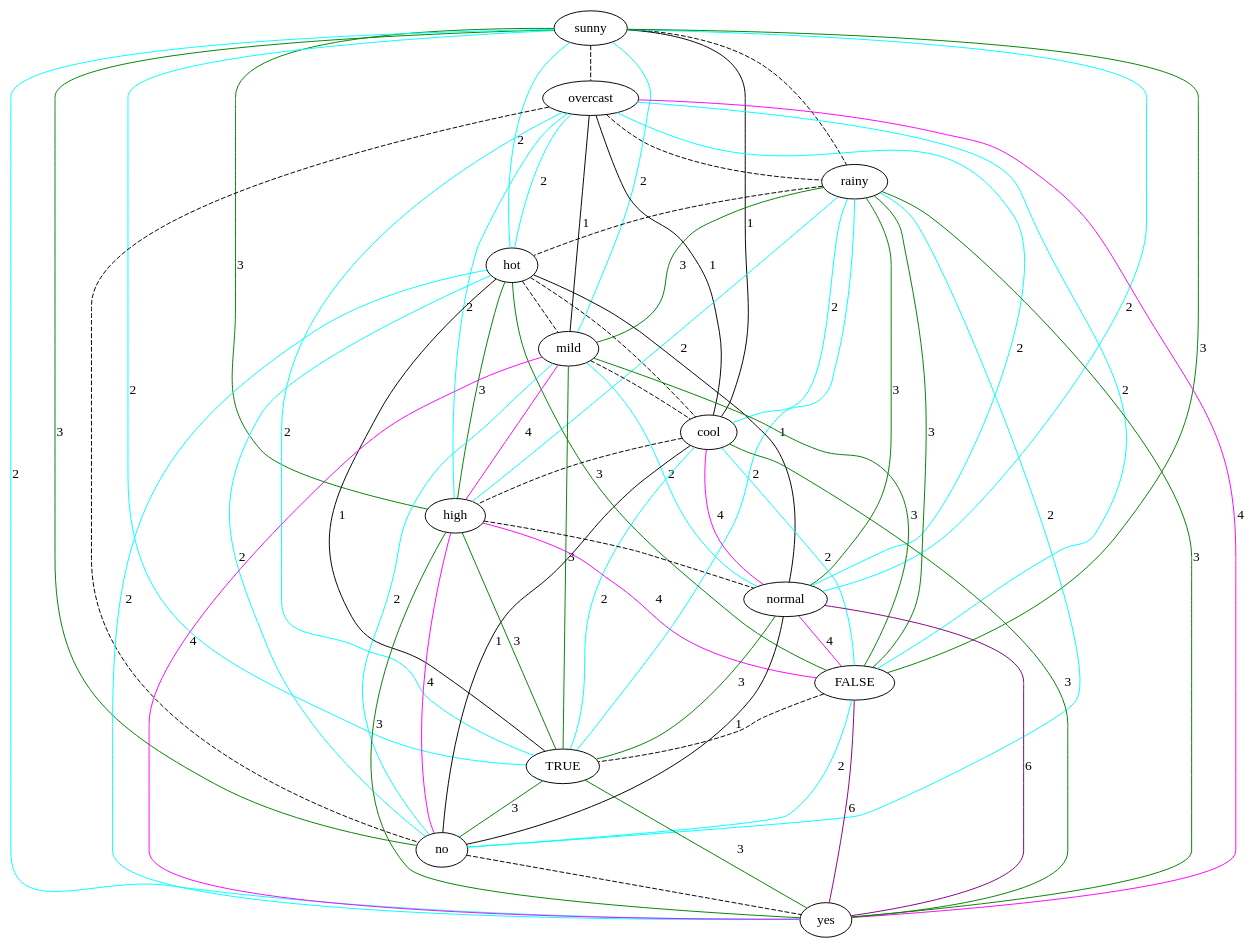
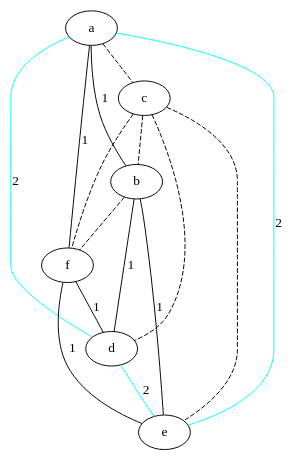
One commit to lrodrin/TFG changed the diagram in src/final/linearGraph.dot. Above: the diagram before and after it, drawn with Graphviz. The commit also changed 9 other files, not shown here.

```diff
--- a/src/final/linearGraph.dot
+++ b/src/final/linearGraph.dot
@@ -1,80 +1,23 @@
 strict graph "" {
-sunny;
-overcast;
-rainy;
-hot;
-mild;
-cool;
-high;
-normal;
-FALSE;
-TRUE;
-no;
-yes;
-sunny -- overcast  [color=black, style=dashed];
-sunny -- rainy  [color=black, style=dashed];
-sunny -- hot  [color=cyan, label=2, style=solid];
-sunny -- mild  [color=cyan, label=2, style=solid];
-sunny -- cool  [color=black, label=1, style=solid];
-sunny -- high  [color=green, label=3, style=solid];
-sunny -- normal  [color=cyan, label=2, style=solid];
-sunny -- FALSE  [color=green, label=3, style=solid];
-sunny -- TRUE  [color=cyan, label=2, style=solid];
-sunny -- no  [color=green, label=3, style=solid];
-sunny -- yes  [color=cyan, label=2, style=solid];
-overcast -- rainy  [color=black, style=dashed];
-overcast -- hot  [color=cyan, label=2, style=solid];
-overcast -- mild  [color=black, label=1, style=solid];
-overcast -- cool  [color=black, label=1, style=solid];
-overcast -- high  [color=cyan, label=2, style=solid];
-overcast -- normal  [color=cyan, label=2, style=solid];
-overcast -- FALSE  [color=cyan, label=2, style=solid];
-overcast -- TRUE  [color=cyan, label=2, style=solid];
-overcast -- no  [color=black, style=dashed];
-overcast -- yes  [color=magenta, label=4, style=solid];
-rainy -- hot  [color=black, style=dashed];
-rainy -- mild  [color=green, label=3, style=solid];
-rainy -- cool  [color=cyan, label=2, style=solid];
-rainy -- high  [color=cyan, label=2, style=solid];
-rainy -- normal  [color=green, label=3, style=solid];
-rainy -- FALSE  [color=green, label=3, style=solid];
-rainy -- TRUE  [color=cyan, label=2, style=solid];
-rainy -- no  [color=cyan, label=2, style=solid];
-rainy -- yes  [color=green, label=3, style=solid];
-hot -- mild  [color=black, style=dashed];
-hot -- cool  [color=black, style=dashed];
-hot -- high  [color=green, label=3, style=solid];
-hot -- normal  [color=black, label=1, style=solid];
-hot -- FALSE  [color=green, label=3, style=solid];
-hot -- TRUE  [color=black, label=1, style=solid];
-hot -- no  [color=cyan, label=2, style=solid];
-hot -- yes  [color=cyan, label=2, style=solid];
-mild -- cool  [color=black, style=dashed];
-mild -- high  [color=magenta, label=4, style=solid];
-mild -- normal  [color=cyan, label=2, style=solid];
-mild -- FALSE  [color=green, label=3, style=solid];
-mild -- TRUE  [color=green, label=3, style=solid];
-mild -- no  [color=cyan, label=2, style=solid];
-mild -- yes  [color=magenta, label=4, style=solid];
-cool -- high  [color=black, style=dashed];
-cool -- normal  [color=magenta, label=4, style=solid];
-cool -- FALSE  [color=cyan, label=2, style=solid];
-cool -- TRUE  [color=cyan, label=2, style=solid];
-cool -- no  [color=black, label=1, style=solid];
-cool -- yes  [color=green, label=3, style=solid];
-high -- normal  [color=black, style=dashed];
-high -- FALSE  [color=magenta, label=4, style=solid];
-high -- TRUE  [color=green, label=3, style=solid];
-high -- no  [color=magenta, label=4, style=solid];
-high -- yes  [color=green, label=3, style=solid];
-normal -- FALSE  [color=magenta, label=4, style=solid];
-normal -- TRUE  [color=green, label=3, style=solid];
-normal -- no  [color=black, label=1, style=solid];
-normal -- yes  [color=purple, label=6, style=solid];
-FALSE -- TRUE  [color=black, style=dashed];
-FALSE -- no  [color=cyan, label=2, style=solid];
-FALSE -- yes  [color=purple, label=6, style=solid];
-TRUE -- no  [color=green, label=3, style=solid];
-TRUE -- yes  [color=green, label=3, style=solid];
-no -- yes  [color=black, style=dashed];
+a;
+c;
+b;
+f;
+d;
+e;
+a -- c  [color=black, style=dashed];
+a -- b  [color=black, label=1, style=solid];
+a -- f  [color=black, label=1, style=solid];
+a -- d  [color=cyan, label=2, style=solid];
+a -- e  [color=cyan, label=2, style=solid];
+c -- b  [color=black, style=dashed];
+c -- f  [color=black, style=dashed];
+c -- d  [color=black, style=dashed];
+c -- e  [color=black, style=dashed];
+b -- f  [color=black, style=dashed];
+b -- d  [color=black, label=1, style=solid];
+b -- e  [color=black, label=1, style=solid];
+f -- d  [color=black, label=1, style=solid];
+f -- e  [color=black, label=1, style=solid];
+d -- e  [color=cyan, label=2, style=solid];
 }
```
